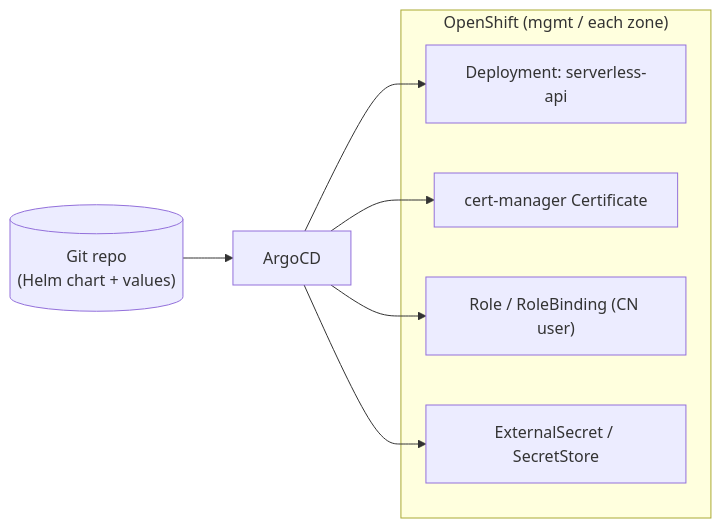
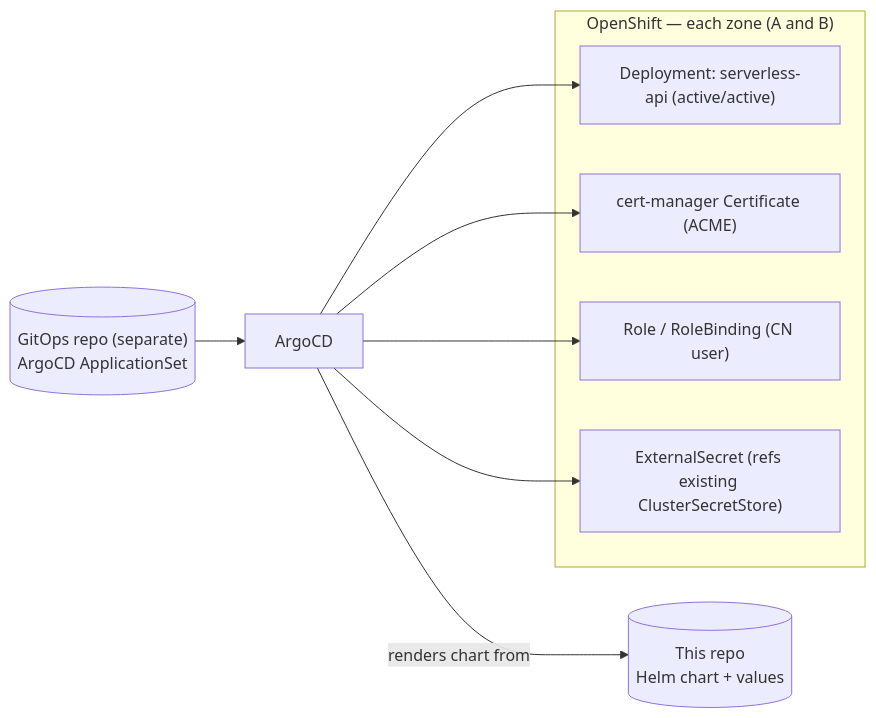
Before and after one commit to black-cloudlet/serverless: the seventh of 7 diagrams in docs/ARCHITECTURE.md, drawn with Mermaid. The commit also changed other lines of this file, not shown here.

First line of the commit message:
docs: refine architecture per review (API HA topology, DNS, ESO, ACME)

````diff
--- a/docs/ARCHITECTURE.md
+++ b/docs/ARCHITECTURE.md
@@ -479,15 +528,18 @@
 ```mermaid
 flowchart LR
-    GIT[("Git repo<br/>(Helm chart + values)")]
+    GITAPP[("GitOps repo (separate)<br/>ArgoCD ApplicationSet")]
+    GITHELM[("This repo<br/>Helm chart + values")]
     ARGO["ArgoCD"]
-    subgraph Cluster["OpenShift (mgmt / each zone)"]
-        DEP["Deployment: serverless-api"]
-        CERT["cert-manager Certificate"]
+    subgraph Cluster["OpenShift — each zone (A and B)"]
+        DEP["Deployment: serverless-api (active/active)"]
+        CERT["cert-manager Certificate (ACME)"]
         RBAC["Role / RoleBinding (CN user)"]
-        ESOC["ExternalSecret / SecretStore"]
+        ESOC["ExternalSecret (refs existing ClusterSecretStore)"]
     end
-    GIT --> ARGO --> DEP
+    GITAPP --> ARGO
+    ARGO -->|renders chart from| GITHELM
+    ARGO --> DEP
     ARGO --> CERT
     ARGO --> RBAC
     ARGO --> ESOC
 ```
````
